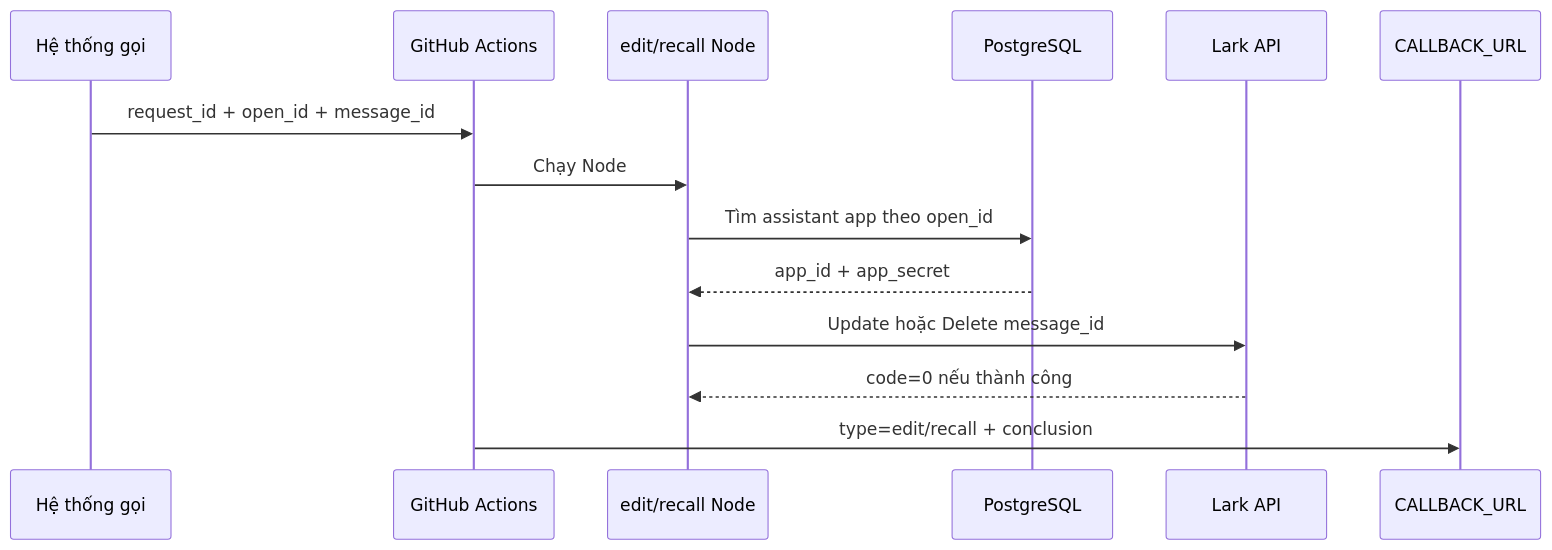
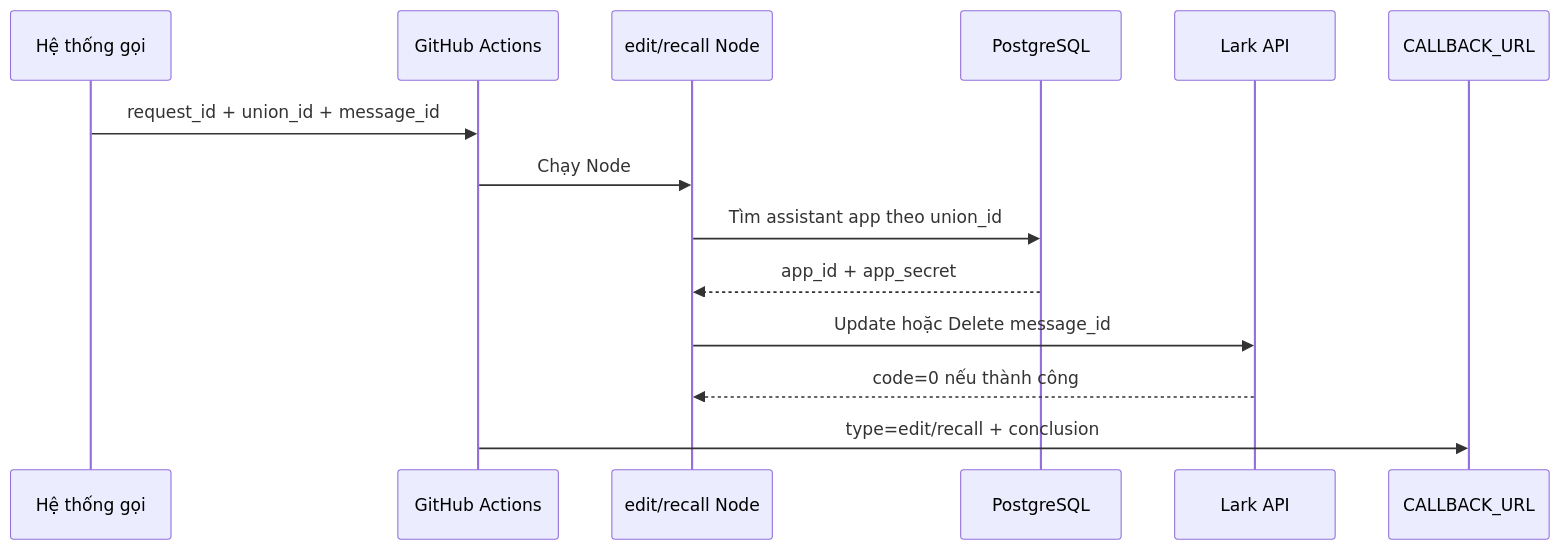
One commit to vutiendung23092002/node-message-lark changed the second of 2 diagrams in docs/architecture.md. Above: the diagram before and after it, drawn with Mermaid. The commit also changed other lines of this file and 8 other files, not shown here.

Commit message:
fix: use union ID for message mutations

````diff
--- a/docs/architecture.md
+++ b/docs/architecture.md
@@ -40,17 +40,17 @@
 ```mermaid
 sequenceDiagram
     participant Caller as Hệ thống gọi
     participant GH as GitHub Actions
     participant Node as edit/recall Node
     participant DB as PostgreSQL
     participant Lark as Lark API
     participant Callback as CALLBACK_URL
 
-    Caller->>GH: request_id + open_id + message_id
+    Caller->>GH: request_id + union_id + message_id
     GH->>Node: Chạy Node
-    Node->>DB: Tìm assistant app theo open_id
+    Node->>DB: Tìm assistant app theo union_id
     DB-->>Node: app_id + app_secret
     Node->>Lark: Update hoặc Delete message_id
     Lark-->>Node: code=0 nếu thành công
     GH->>Callback: type=edit/recall + conclusion
 ```
````
